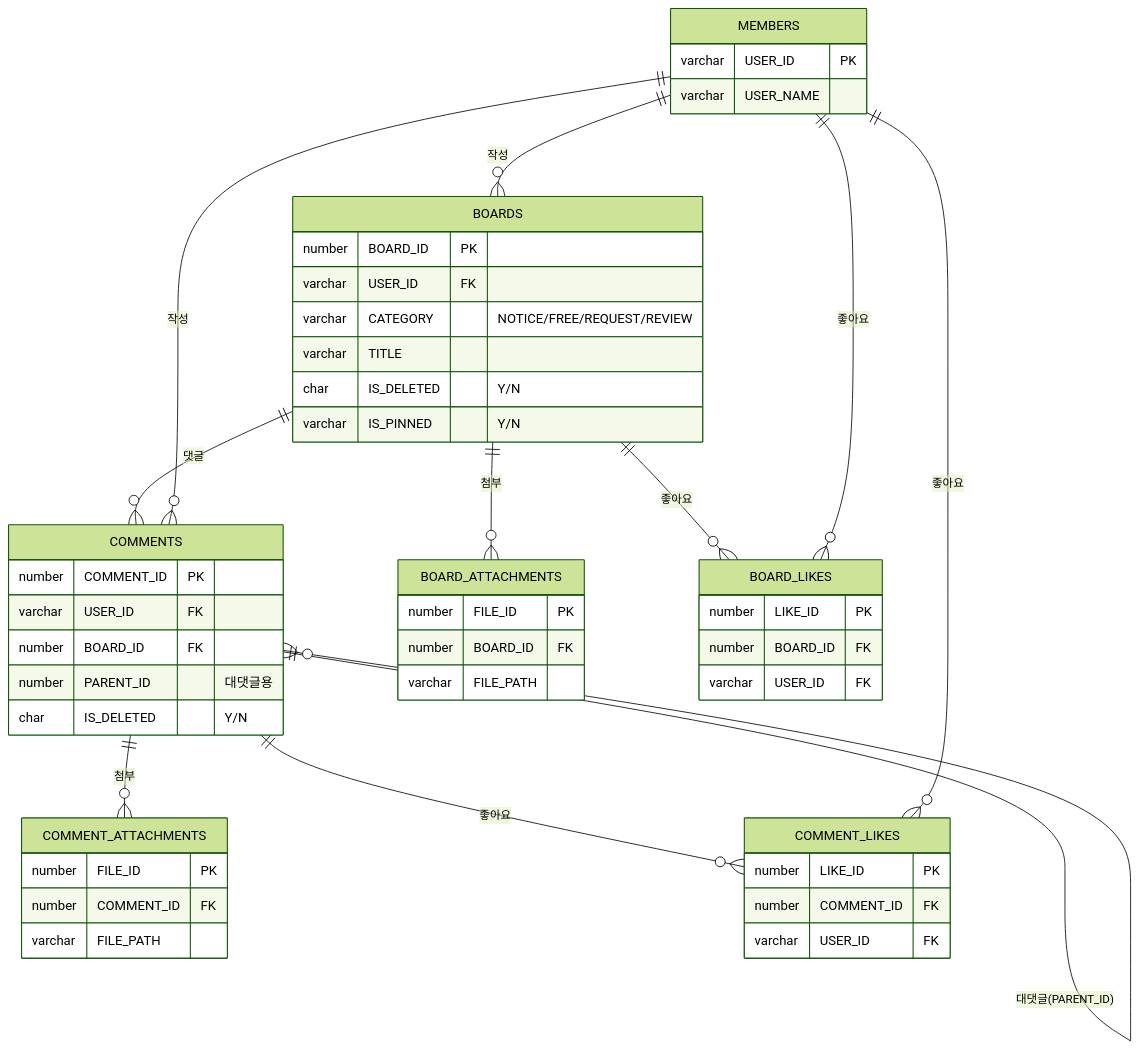
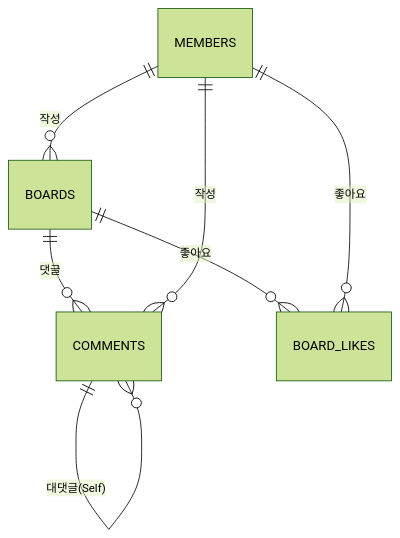
The fifth of 5 diagrams in erd.md (KJH-Portfolio/202511-stray-dog-volunteer), drawn with Mermaid (forest theme) before and after one commit. The commit also changed other lines of this file and 3 other files, not shown here.

````diff
--- a/erd.md
+++ b/erd.md
@@ -604,53 +264,9 @@
 ```mermaid
 erDiagram
-    MEMBERS {
-        varchar USER_ID PK
-        varchar USER_NAME
-    }
-    BOARDS {
-        number  BOARD_ID PK
-        varchar USER_ID FK
-        varchar CATEGORY "NOTICE/FREE/REQUEST/REVIEW"
-        varchar TITLE
-        char    IS_DELETED "Y/N"
-        varchar IS_PINNED "Y/N"
-    }
-    COMMENTS {
-        number  COMMENT_ID PK
-        varchar USER_ID FK
-        number  BOARD_ID FK
-        number  PARENT_ID "대댓글용"
-        char    IS_DELETED "Y/N"
-    }
-    BOARD_ATTACHMENTS {
-        number  FILE_ID PK
-        number  BOARD_ID FK
-        varchar FILE_PATH
-    }
-    BOARD_LIKES {
-        number  LIKE_ID PK
-        number  BOARD_ID FK
-        varchar USER_ID FK
-    }
-    COMMENT_ATTACHMENTS {
-        number  FILE_ID PK
-        number  COMMENT_ID FK
-        varchar FILE_PATH
-    }
-    COMMENT_LIKES {
-        number  LIKE_ID PK
-        number  COMMENT_ID FK
-        varchar USER_ID FK
-    }
-
     MEMBERS ||--o{ BOARDS : "작성"
     BOARDS ||--o{ COMMENTS : "댓글"
     MEMBERS ||--o{ COMMENTS : "작성"
-    COMMENTS ||--o{ COMMENTS : "대댓글(PARENT_ID)"
-    BOARDS ||--o{ BOARD_ATTACHMENTS : "첨부"
+    COMMENTS ||--o{ COMMENTS : "대댓글(Self)"
     BOARDS ||--o{ BOARD_LIKES : "좋아요"
     MEMBERS ||--o{ BOARD_LIKES : "좋아요"
-    COMMENTS ||--o{ COMMENT_ATTACHMENTS : "첨부"
-    COMMENTS ||--o{ COMMENT_LIKES : "좋아요"
-    MEMBERS ||--o{ COMMENT_LIKES : "좋아요"
 ```
````
